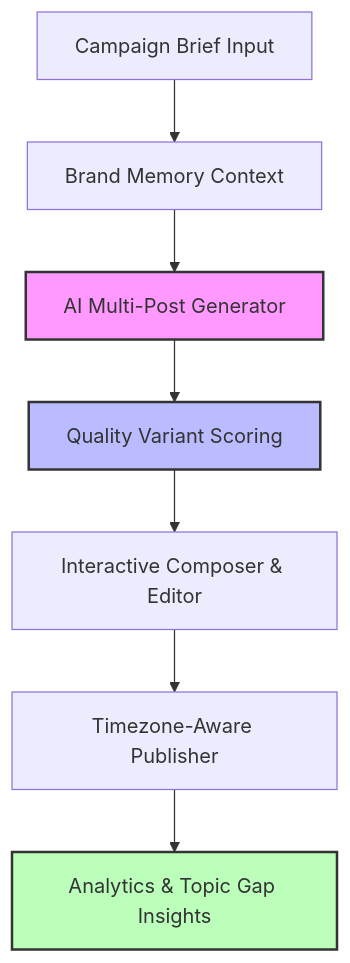
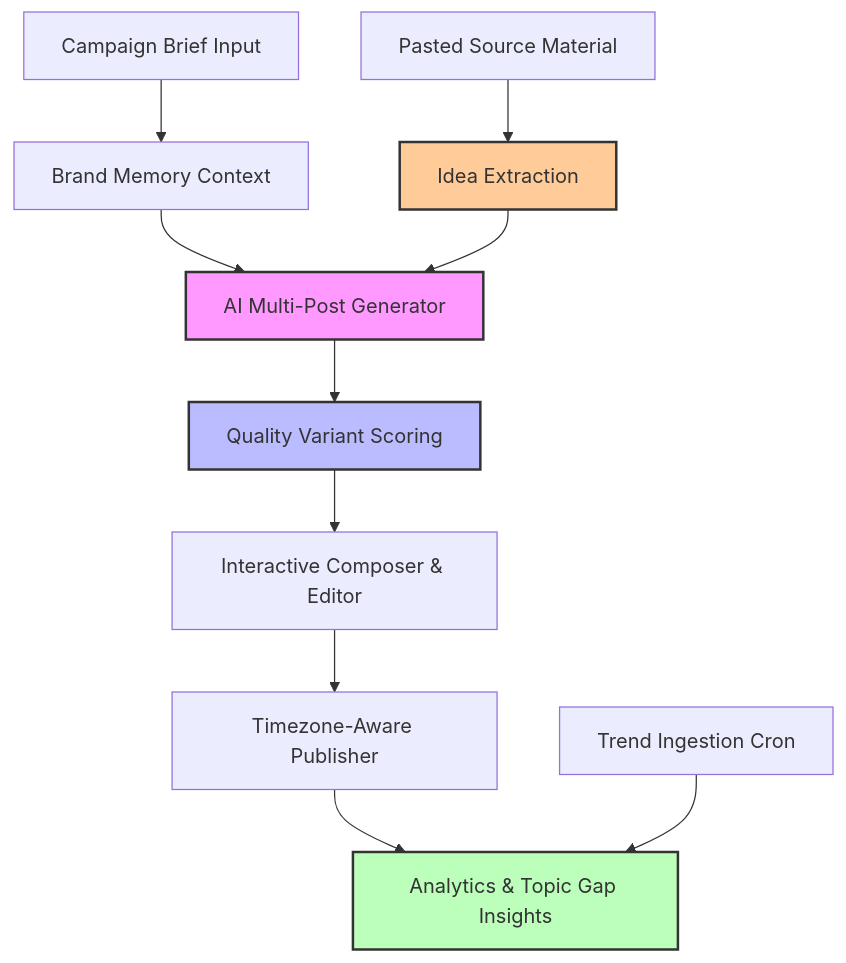
One commit to CJCreator-New/social-spark changed the first of 2 diagrams in docs/ONE_PAGER.md. Above: the diagram before and after it, drawn with Mermaid. The commit also changed other lines of this file and 69 other files, not shown here.

````diff
--- a/docs/ONE_PAGER.md
+++ b/docs/ONE_PAGER.md
@@ -20,13 +20,17 @@
 ```mermaid
 graph TD
     A[Campaign Brief Input] --> B[Brand Memory Context]
     B --> C[AI Multi-Post Generator]
     C --> D[Quality Variant Scoring]
     D --> E[Interactive Composer & Editor]
     E --> F[Timezone-Aware Publisher]
     F --> G[Analytics & Topic Gap Insights]
-    
+    H[Pasted Source Material] --> I[Idea Extraction]
+    I --> C
+    J[Trend Ingestion Cron] --> G
+
     style C fill:#f9f,stroke:#333,stroke-width:2px
     style D fill:#bbf,stroke:#333,stroke-width:2px
     style G fill:#bfb,stroke:#333,stroke-width:2px
+    style I fill:#fc9,stroke:#333,stroke-width:2px
 ```
````
